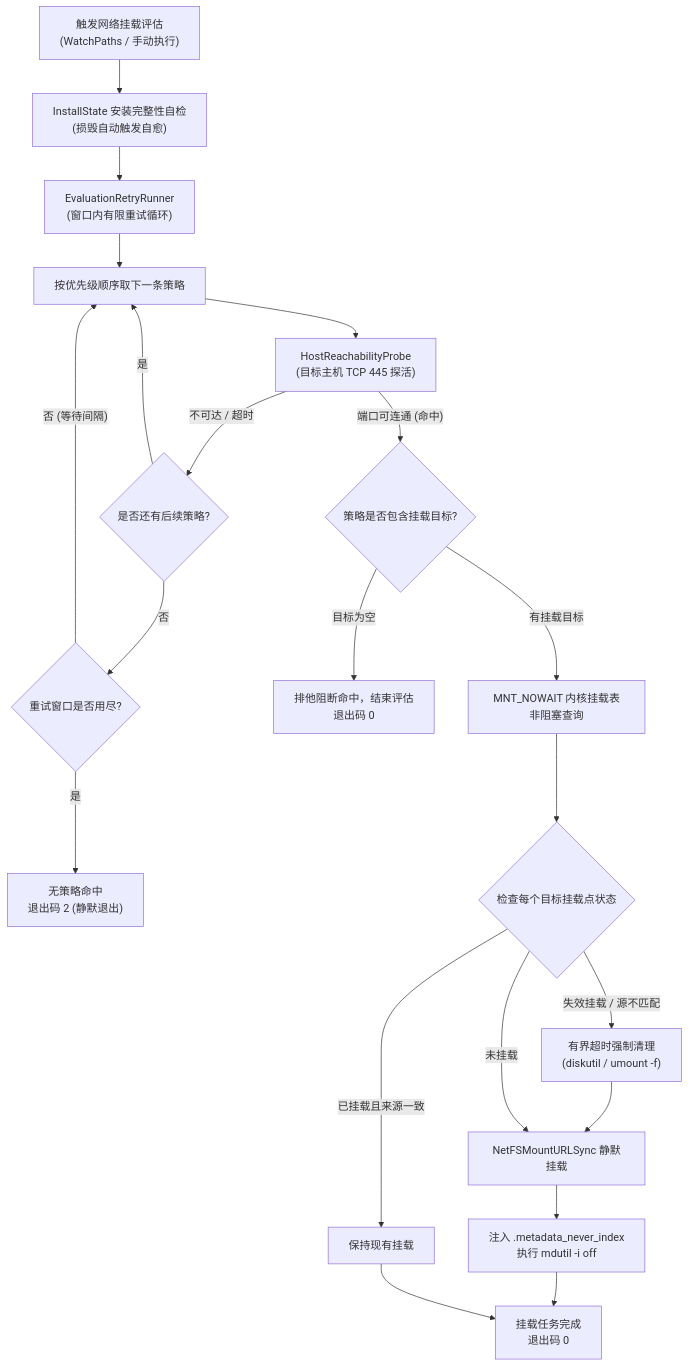
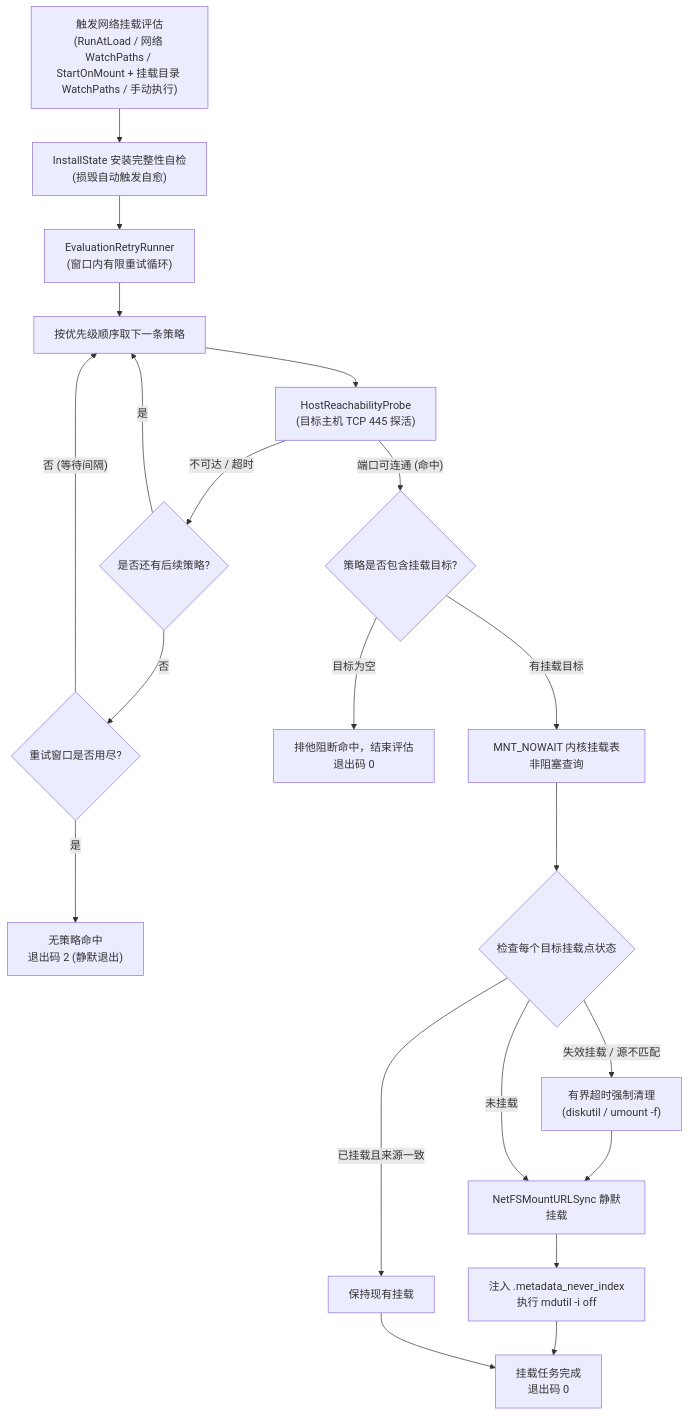
The diagram in ARCHITECTURE.zh.md (jiezhengj/automnt), drawn with Mermaid before and after one commit. The commit also changed other lines of this file and 17 other files, not shown here.

````diff
--- a/ARCHITECTURE.zh.md
+++ b/ARCHITECTURE.zh.md
@@ -5,28 +5,28 @@
 ```mermaid
 flowchart TD
-    Start["触发网络挂载评估\n(WatchPaths / 手动执行)"] --> HealthCheck["InstallState 安装完整性自检\n(损毁自动触发自愈)"]
+    Start["触发网络挂载评估\n(RunAtLoad / 网络 WatchPaths / StartOnMount + 挂载目录 WatchPaths / 手动执行)"] --> HealthCheck["InstallState 安装完整性自检\n(损毁自动触发自愈)"]
     HealthCheck --> RetryLoop["EvaluationRetryRunner\n(窗口内有限重试循环)"]
     
     RetryLoop --> NextProfile["按优先级顺序取下一条策略"]
     NextProfile --> HostProbe["HostReachabilityProbe\n(目标主机 TCP 445 探活)"]
     
     HostProbe -- "不可达 / 超时" --> HasMoreProfiles{"是否还有后续策略?"}
     HasMoreProfiles -- "是" --> NextProfile
     HasMoreProfiles -- "否" --> WindowCheck{"重试窗口是否用尽?"}
     WindowCheck -- "否 (等待间隔)" --> NextProfile
     WindowCheck -- "是" --> ExitSilent["无策略命中\n退出码 2 (静默退出)"]
     
     HostProbe -- "端口可连通 (命中)" --> HasTargets{"策略是否包含挂载目标?"}
     HasTargets -- "目标为空" --> ExitSuccess["排他阻断命中，结束评估\n退出码 0"]
     HasTargets -- "有挂载目标" --> KernelScan["MNT_NOWAIT 内核挂载表非阻塞查询"]
     
     KernelScan --> TargetAudit{"检查每个目标挂载点状态"}
     TargetAudit -- "已挂载且来源一致" --> KeepMount["保持现有挂载"]
     TargetAudit -- "失效挂载 / 源不匹配" --> BoundedClean["有界超时强制清理\n(diskutil / umount -f)"]
     BoundedClean --> DoMount["NetFSMountURLSync 静默挂载"]
     TargetAudit -- "未挂载" --> DoMount
     
     DoMount --> SpotlightShield["注入 .metadata_never_index\n执行 mdutil -i off"]
     SpotlightShield --> Finish["挂载任务完成\n退出码 0"]
     KeepMount --> Finish
 ```
````
